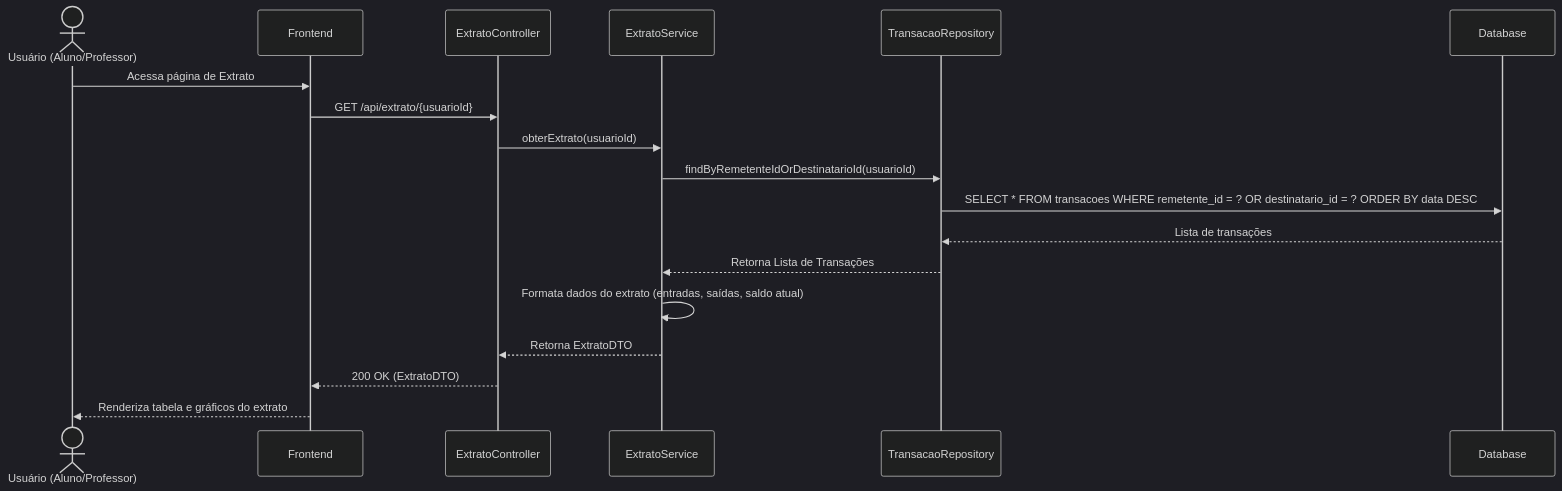
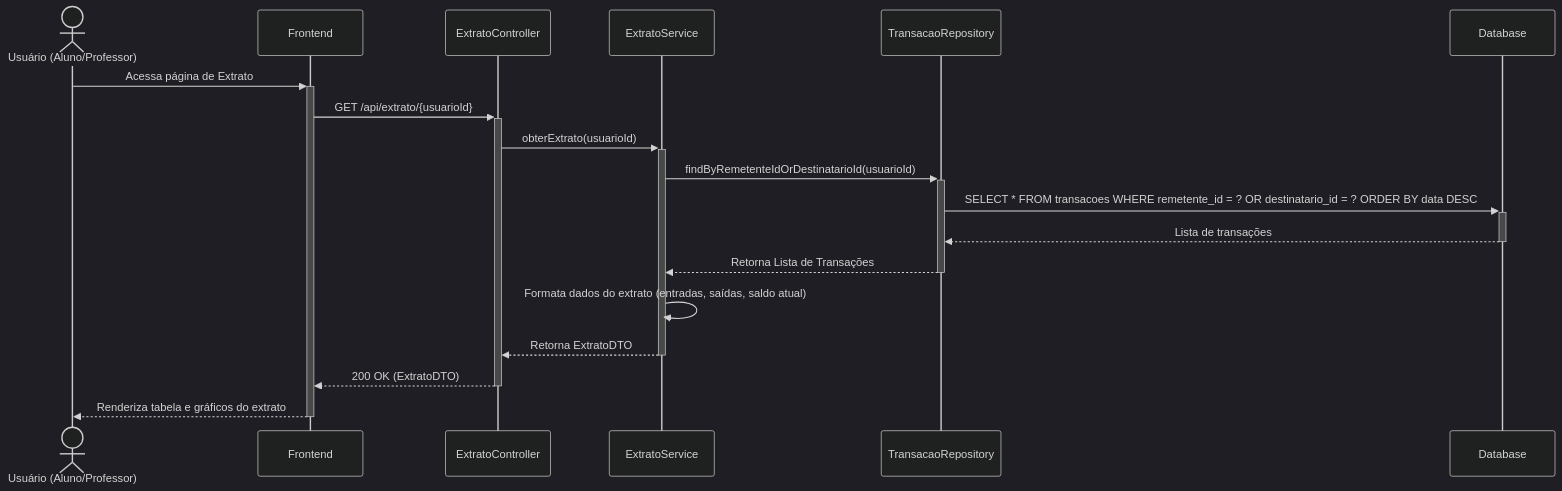
The diagram in docs/diagramas/diagrama_sequencia_consulta_extrato.md (arthurcbretas/Sistema_de_Moeda_Estudantil), drawn with Mermaid (dark theme) before and after one commit. The commit also changed 18 other files, not shown here.

Commit message:
feat: implement asynchronous email notification system using RabbitMQ and document system flows

````diff
--- a/docs/diagramas/diagrama_sequencia_consulta_extrato.md
+++ b/docs/diagramas/diagrama_sequencia_consulta_extrato.md
@@ -3,21 +3,21 @@
 ```mermaid
 sequenceDiagram
     actor U as Usuário (Aluno/Professor)
     participant F as Frontend
     participant C as ExtratoController
     participant S as ExtratoService
     participant R_Trans as TransacaoRepository
     participant DB as Database
 
-    U->>F: Acessa página de Extrato
-    F->>C: GET /api/extrato/{usuarioId}
-    C->>S: obterExtrato(usuarioId)
-    S->>R_Trans: findByRemetenteIdOrDestinatarioId(usuarioId)
-    R_Trans->>DB: SELECT * FROM transacoes WHERE remetente_id = ? OR destinatario_id = ? ORDER BY data DESC
-    DB-->>R_Trans: Lista de transações
-    R_Trans-->>S: Retorna Lista de Transações
+    U->>+F: Acessa página de Extrato
+    F->>+C: GET /api/extrato/{usuarioId}
+    C->>+S: obterExtrato(usuarioId)
+    S->>+R_Trans: findByRemetenteIdOrDestinatarioId(usuarioId)
+    R_Trans->>+DB: SELECT * FROM transacoes WHERE remetente_id = ? OR destinatario_id = ? ORDER BY data DESC
+    DB-->>-R_Trans: Lista de transações
+    R_Trans-->>-S: Retorna Lista de Transações
     S->>S: Formata dados do extrato (entradas, saídas, saldo atual)
-    S-->>C: Retorna ExtratoDTO
-    C-->>F: 200 OK (ExtratoDTO)
-    F-->>U: Renderiza tabela e gráficos do extrato
+    S-->>-C: Retorna ExtratoDTO
+    C-->>-F: 200 OK (ExtratoDTO)
+    F-->>-U: Renderiza tabela e gráficos do extrato
 ```
````
